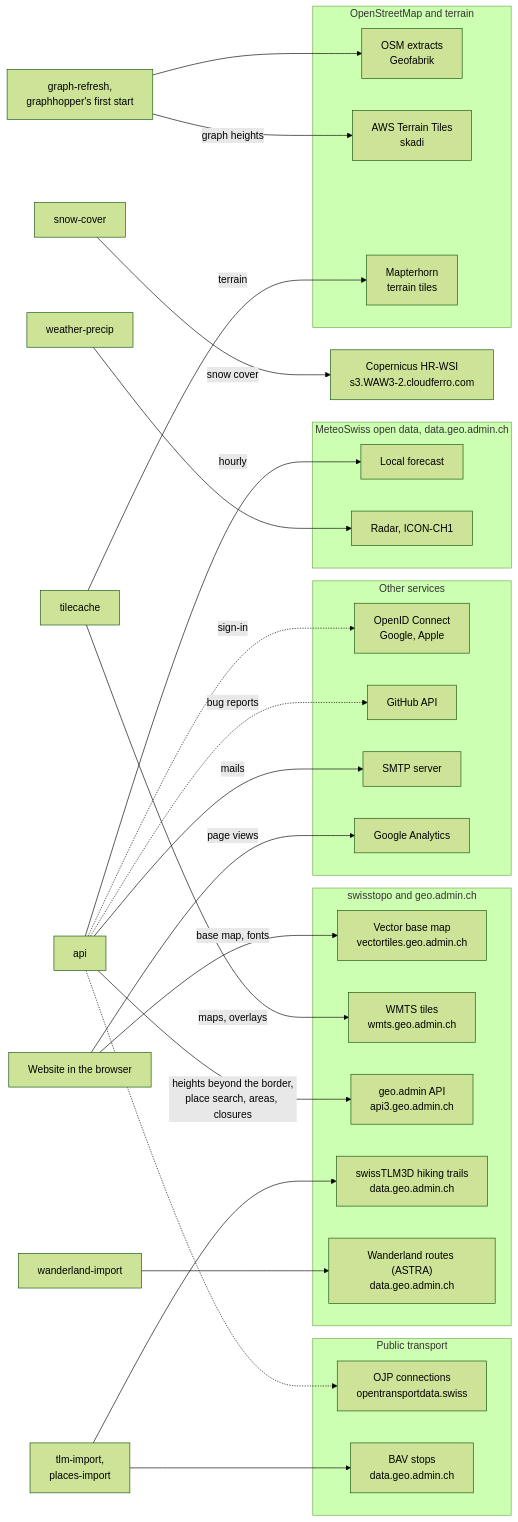
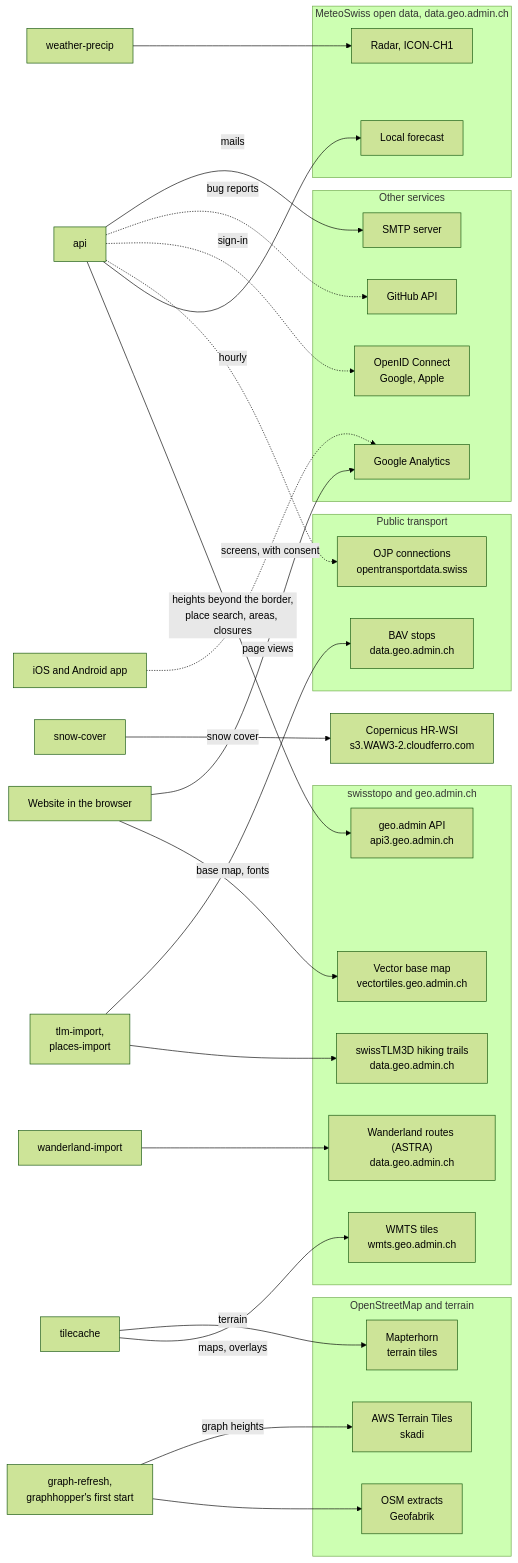
One commit to tellbow/alvyo changed the second of 3 diagrams in docs/architecture.md. Above: the diagram before and after it, drawn with Mermaid (forest theme). The commit also changed other lines of this file and 46 other files, not shown here.

First line of the commit message:
Google Analytics in the app, only after consent

````diff
--- a/docs/architecture.md
+++ b/docs/architecture.md
@@ -124,60 +124,62 @@
 ```mermaid
 flowchart LR
   browser["Website in the browser"]
+  app["iOS and Android app"]
   api["api"]
   tiles["tilecache"]
   refresh["graph-refresh,<br/>graphhopper's first start"]
   imports["tlm-import,<br/>places-import"]
   wanderland["wanderland-import"]
   precip["weather-precip"]
   snow["snow-cover"]
 
   subgraph swisstopo["swisstopo and geo.admin.ch"]
     vt["Vector base map<br/>vectortiles.geo.admin.ch"]
     wmts["WMTS tiles<br/>wmts.geo.admin.ch"]
     api3["geo.admin API<br/>api3.geo.admin.ch"]
     tlm["swissTLM3D hiking trails<br/>data.geo.admin.ch"]
     wl["Wanderland routes (ASTRA)<br/>data.geo.admin.ch"]
   end
 
   subgraph meteo["MeteoSwiss open data, data.geo.admin.ch"]
     forecast["Local forecast"]
     radar["Radar, ICON-CH1"]
   end
 
   subgraph transport["Public transport"]
     ojp["OJP connections<br/>opentransportdata.swiss"]
     bav["BAV stops<br/>data.geo.admin.ch"]
   end
 
   subgraph terrain["OpenStreetMap and terrain"]
     geofabrik["OSM extracts<br/>Geofabrik"]
     skadi["AWS Terrain Tiles<br/>skadi"]
     mapterhorn["Mapterhorn<br/>terrain tiles"]
   end
 
   subgraph services["Other services"]
     oidc["OpenID Connect<br/>Google, Apple"]
     github["GitHub API"]
     smtp["SMTP server"]
     ga["Google Analytics"]
   end
 
   browser -- "base map, fonts" --> vt
   browser -- "page views" --> ga
+  app -. "screens, with consent" .-> ga
   tiles -- "maps, overlays" --> wmts
   tiles -- "terrain" --> mapterhorn
   api -- "heights beyond the border,<br/>place search, areas, closures" --> api3
   api -- "hourly" --> forecast
   api -.-> ojp
   api -. "sign-in" .-> oidc
   api -. "bug reports" .-> github
   api -- "mails" --> smtp
   refresh --> geofabrik
   refresh -- "graph heights" --> skadi
   imports --> tlm
   imports --> bav
   wanderland --> wl
   precip --> radar
   snow -- "snow cover" --> clms["Copernicus HR-WSI<br/>s3.WAW3-2.cloudferro.com"]
 ```
````
